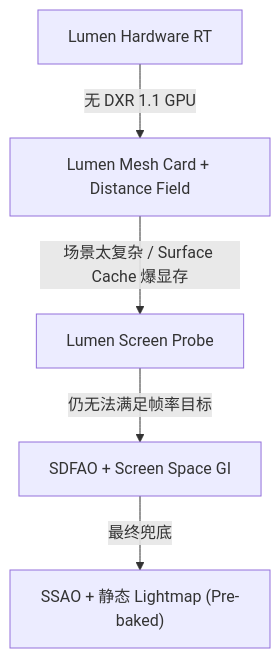
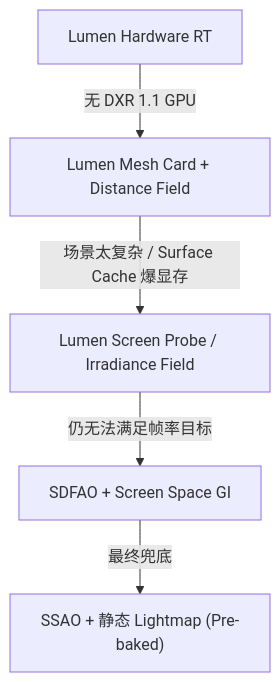
The second of 2 diagrams in references/ue-rendering/card-02-lumen.md (MotionlessPeri/agent_coding_guidelines), drawn with Mermaid before and after one commit. The commit also changed other lines of this file and 8 other files, not shown here.

````diff
--- a/references/ue-rendering/card-02-lumen.md
+++ b/references/ue-rendering/card-02-lumen.md
@@ -198,8 +408,8 @@
 ```mermaid
 flowchart TB
     A["Lumen Hardware RT"]
     A -- "无 DXR 1.1 GPU" --> B["Lumen Mesh Card + Distance Field"]
-    B -- "场景太复杂 / Surface Cache 爆显存" --> C["Lumen Screen Probe"]
+    B -- "场景太复杂 / Surface Cache 爆显存" --> C["Lumen Screen Probe / Irradiance Field"]
     C -- "仍无法满足帧率目标" --> D["SDFAO + Screen Space GI"]
     D -- "最终兜底" --> E["SSAO + 静态 Lightmap (Pre-baked)"]
 ```
````
